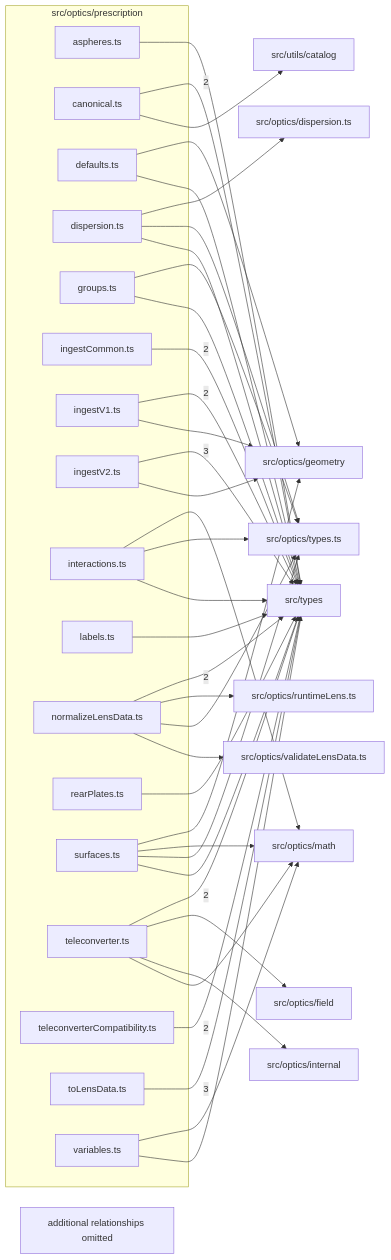
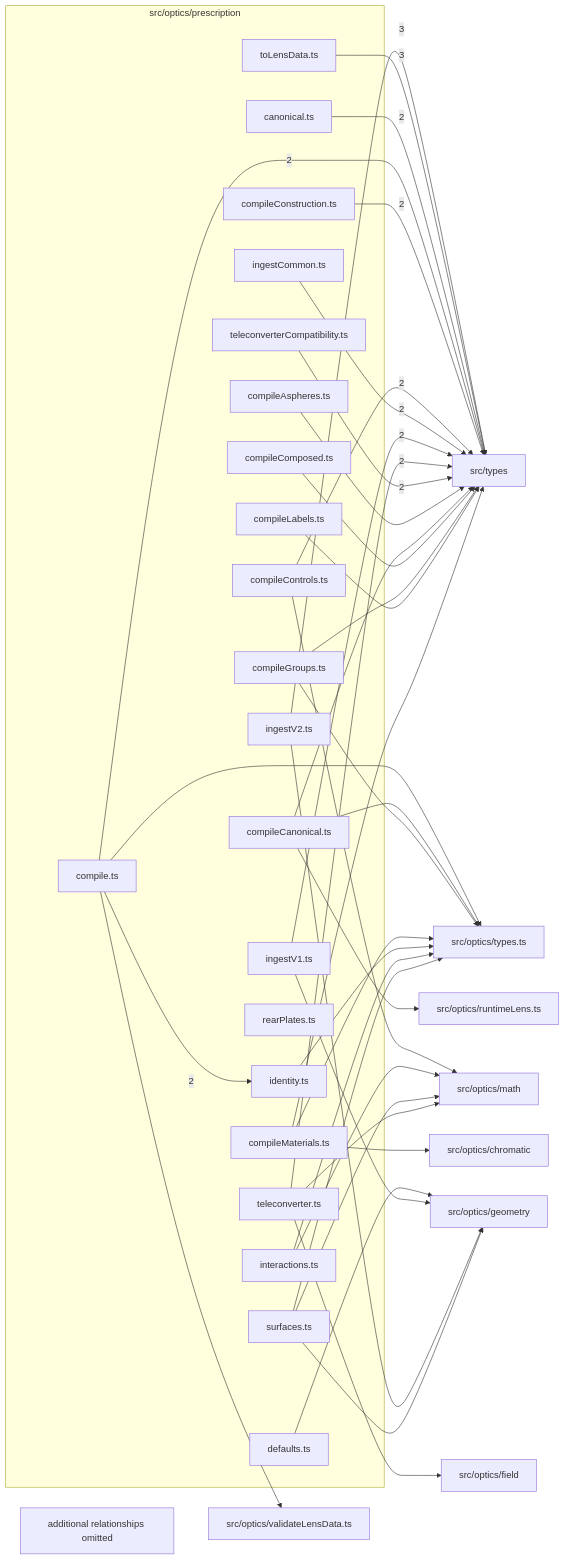
One commit to ronbuening/LensVisualizer changed the diagram in src/optics/prescription/readme.md. Above: the diagram before and after it, drawn with Mermaid. The commit also changed other lines of this file and 70 other files, not shown here.

Commit message:
S5.P1.T1 One compiler from the canonical prescription

````diff
--- a/src/optics/prescription/readme.md
+++ b/src/optics/prescription/readme.md
@@ -9,69 +9,71 @@
 ```mermaid
 flowchart LR
   subgraph n_src_optics_prescription["src/optics/prescription"]
-    n_src_optics_prescription_src_optics_prescription_aspheres_ts["aspheres.ts"]
     n_src_optics_prescription_src_optics_prescription_canonical_ts["canonical.ts"]
+    n_src_optics_prescription_src_optics_prescription_compile_ts["compile.ts"]
+    n_src_optics_prescription_src_optics_prescription_compileAspheres_ts["compileAspheres.ts"]
+    n_src_optics_prescription_src_optics_prescription_compileCanonical_ts["compileCanonical.ts"]
+    n_src_optics_prescription_src_optics_prescription_compileComposed_ts["compileComposed.ts"]
+    n_src_optics_prescription_src_optics_prescription_compileConstruction_ts["compileConstruction.ts"]
+    n_src_optics_prescription_src_optics_prescription_compileControls_ts["compileControls.ts"]
+    n_src_optics_prescription_src_optics_prescription_compileGroups_ts["compileGroups.ts"]
+    n_src_optics_prescription_src_optics_prescription_compileLabels_ts["compileLabels.ts"]
+    n_src_optics_prescription_src_optics_prescription_compileMaterials_ts["compileMaterials.ts"]
     n_src_optics_prescription_src_optics_prescription_defaults_ts["defaults.ts"]
-    n_src_optics_prescription_src_optics_prescription_dispersion_ts["dispersion.ts"]
-    n_src_optics_prescription_src_optics_prescription_groups_ts["groups.ts"]
+    n_src_optics_prescription_src_optics_prescription_identity_ts["identity.ts"]
     n_src_optics_prescription_src_optics_prescription_ingestCommon_ts["ingestCommon.ts"]
     n_src_optics_prescription_src_optics_prescription_ingestV1_ts["ingestV1.ts"]
     n_src_optics_prescription_src_optics_prescription_ingestV2_ts["ingestV2.ts"]
     n_src_optics_prescription_src_optics_prescription_interactions_ts["interactions.ts"]
-    n_src_optics_prescription_src_optics_prescription_labels_ts["labels.ts"]
-    n_src_optics_prescription_src_optics_prescription_normalizeLensData_ts["normalizeLensData.ts"]
     n_src_optics_prescription_src_optics_prescription_rearPlates_ts["rearPlates.ts"]
     n_src_optics_prescription_src_optics_prescription_surfaces_ts["surfaces.ts"]
     n_src_optics_prescription_src_optics_prescription_teleconverter_ts["teleconverter.ts"]
     n_src_optics_prescription_src_optics_prescription_teleconverterCompatibility_ts["teleconverterCompatibility.ts"]
     n_src_optics_prescription_src_optics_prescription_toLensData_ts["toLensData.ts"]
-    n_src_optics_prescription_src_optics_prescription_variables_ts["variables.ts"]
   end
   n_external_src_types["src/types"]
-  n_external_src_optics_dispersion_ts["src/optics/dispersion.ts"]
+  n_external_src_optics_chromatic["src/optics/chromatic"]
   n_external_src_optics_field["src/optics/field"]
   n_external_src_optics_geometry["src/optics/geometry"]
-  n_external_src_optics_internal["src/optics/internal"]
   n_external_src_optics_math["src/optics/math"]
   n_external_src_optics_runtimeLens_ts["src/optics/runtimeLens.ts"]
   n_external_src_optics_types_ts["src/optics/types.ts"]
   n_external_src_optics_validateLensData_ts["src/optics/validateLensData.ts"]
-  n_external_src_utils_catalog["src/utils/catalog"]
   n_src_optics_prescription_src_optics_prescription_ingestV2_ts --> |3| n_external_src_types
   n_src_optics_prescription_src_optics_prescription_toLensData_ts --> |3| n_external_src_types
   n_src_optics_prescription_src_optics_prescription_canonical_ts --> |2| n_external_src_types
+  n_src_optics_prescription_src_optics_prescription_compile_ts --> |2| n_external_src_types
+  n_src_optics_prescription_src_optics_prescription_compileConstruction_ts --> |2| n_external_src_types
+  n_src_optics_prescription_src_optics_prescription_compileControls_ts --> |2| n_external_src_types
   n_src_optics_prescription_src_optics_prescription_ingestCommon_ts --> |2| n_external_src_types
   n_src_optics_prescription_src_optics_prescription_ingestV1_ts --> |2| n_external_src_types
-  n_src_optics_prescription_src_optics_prescription_normalizeLensData_ts --> |2| n_external_src_types
   n_src_optics_prescription_src_optics_prescription_teleconverter_ts --> |2| n_external_src_types
   n_src_optics_prescription_src_optics_prescription_teleconverterCompatibility_ts --> |2| n_external_src_types
-  n_src_optics_prescription_src_optics_prescription_dispersion_ts --> n_external_src_optics_dispersion_ts
+  n_src_optics_prescription_src_optics_prescription_compile_ts --> |2| n_src_optics_prescription_src_optics_prescription_identity_ts
+  n_src_optics_prescription_src_optics_prescription_compileMaterials_ts --> n_external_src_optics_chromatic
   n_src_optics_prescription_src_optics_prescription_teleconverter_ts --> n_external_src_optics_field
   n_src_optics_prescription_src_optics_prescription_defaults_ts --> n_external_src_optics_geometry
   n_src_optics_prescription_src_optics_prescription_ingestV1_ts --> n_external_src_optics_geometry
   n_src_optics_prescription_src_optics_prescription_ingestV2_ts --> n_external_src_optics_geometry
   n_src_optics_prescription_src_optics_prescription_surfaces_ts --> n_external_src_optics_geometry
-  n_src_optics_prescription_src_optics_prescription_teleconverter_ts --> n_external_src_optics_internal
+  n_src_optics_prescription_src_optics_prescription_compileControls_ts --> n_external_src_optics_math
   n_src_optics_prescription_src_optics_prescription_interactions_ts --> n_external_src_optics_math
   n_src_optics_prescription_src_optics_prescription_surfaces_ts --> n_external_src_optics_math
   n_src_optics_prescription_src_optics_prescription_teleconverter_ts --> n_external_src_optics_math
-  n_src_optics_prescription_src_optics_prescription_variables_ts --> n_external_src_optics_math
-  n_src_optics_prescription_src_optics_prescription_normalizeLensData_ts --> n_external_src_optics_runtimeLens_ts
-  n_src_optics_prescription_src_optics_prescription_dispersion_ts --> n_external_src_optics_types_ts
-  n_src_optics_prescription_src_optics_prescription_groups_ts --> n_external_src_optics_types_ts
+  n_src_optics_prescription_src_optics_prescription_compileCanonical_ts --> n_external_src_optics_runtimeLens_ts
+  n_src_optics_prescription_src_optics_prescription_compile_ts --> n_external_src_optics_types_ts
+  n_src_optics_prescription_src_optics_prescription_compileCanonical_ts --> n_external_src_optics_types_ts
+  n_src_optics_prescription_src_optics_prescription_compileGroups_ts --> n_external_src_optics_types_ts
+  n_src_optics_prescription_src_optics_prescription_compileMaterials_ts --> n_external_src_optics_types_ts
+  n_src_optics_prescription_src_optics_prescription_identity_ts --> n_external_src_optics_types_ts
   n_src_optics_prescription_src_optics_prescription_interactions_ts --> n_external_src_optics_types_ts
-  n_src_optics_prescription_src_optics_prescription_normalizeLensData_ts --> n_external_src_optics_types_ts
   n_src_optics_prescription_src_optics_prescription_surfaces_ts --> n_external_src_optics_types_ts
-  n_src_optics_prescription_src_optics_prescription_normalizeLensData_ts --> n_external_src_optics_validateLensData_ts
-  n_src_optics_prescription_src_optics_prescription_aspheres_ts --> n_external_src_types
-  n_src_optics_prescription_src_optics_prescription_defaults_ts --> n_external_src_types
-  n_src_optics_prescription_src_optics_prescription_dispersion_ts --> n_external_src_types
-  n_src_optics_prescription_src_optics_prescription_groups_ts --> n_external_src_types
-  n_src_optics_prescription_src_optics_prescription_interactions_ts --> n_external_src_types
-  n_src_optics_prescription_src_optics_prescription_labels_ts --> n_external_src_types
-  n_src_optics_prescription_src_optics_prescription_rearPlates_ts --> n_external_src_types
-  n_src_optics_prescription_src_optics_prescription_surfaces_ts --> n_external_src_types
-  n_src_optics_prescription_src_optics_prescription_variables_ts --> n_external_src_types
-  n_src_optics_prescription_src_optics_prescription_canonical_ts --> n_external_src_utils_catalog
+  n_src_optics_prescription_src_optics_prescription_compile_ts --> n_external_src_optics_validateLensData_ts
+  n_src_optics_prescription_src_optics_prescription_compileAspheres_ts --> n_external_src_types
+  n_src_optics_prescription_src_optics_prescription_compileCanonical_ts --> n_external_src_types
+  n_src_optics_prescription_src_optics_prescription_compileComposed_ts --> n_external_src_types
+  n_src_optics_prescription_src_optics_prescription_compileGroups_ts --> n_external_src_types
+  n_src_optics_prescription_src_optics_prescription_compileLabels_ts --> n_external_src_types
+  n_src_optics_prescription_src_optics_prescription_compileMaterials_ts --> n_external_src_types
   n_src_optics_prescription_truncated["additional relationships omitted"]
 ```
````
